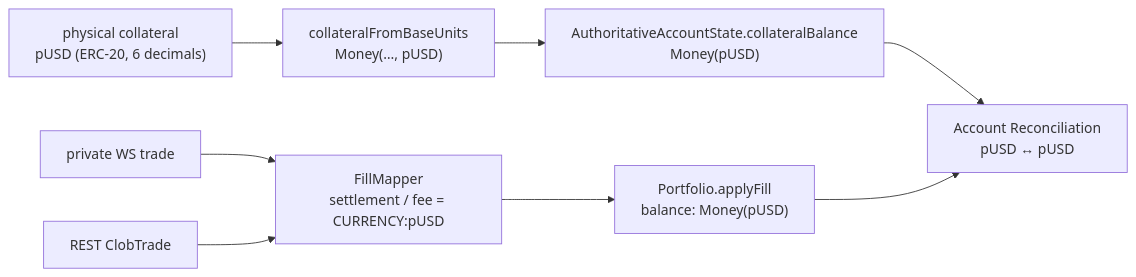
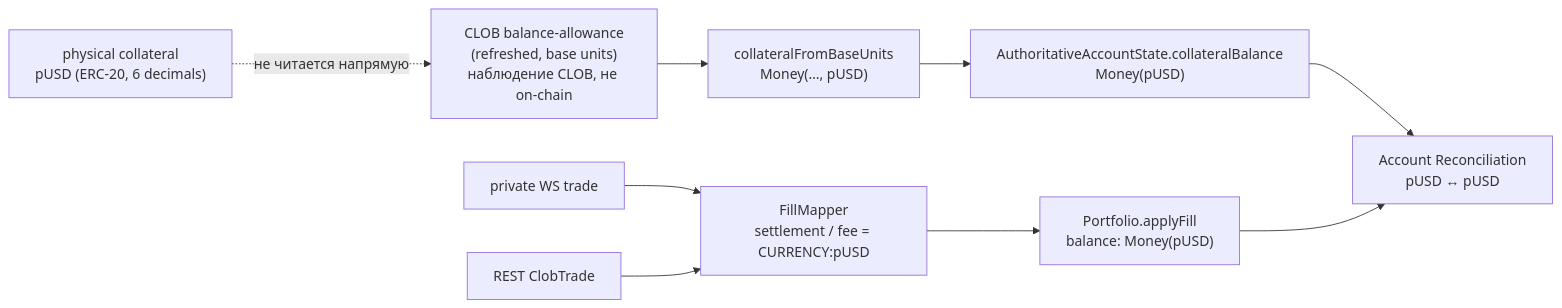
The diagram in docs/guides/polymarket-collateral-currency.md (menvil/polymarket), drawn with Mermaid before and after one commit. The commit also changed other lines of this file and 18 other files, not shown here.

````diff
--- a/docs/guides/polymarket-collateral-currency.md
+++ b/docs/guides/polymarket-collateral-currency.md
@@ -43,10 +43,11 @@
 ```mermaid
 flowchart LR
-    C["physical collateral<br/>pUSD (ERC-20, 6 decimals)"] --> R["collateralFromBaseUnits<br/>Money(…, pUSD)"]
+    C["physical collateral<br/>pUSD (ERC-20, 6 decimals)"] -.->|не читается напрямую| B["CLOB balance-allowance<br/>(refreshed, base units)<br/>наблюдение CLOB, не on-chain"]
+    B --> R["collateralFromBaseUnits<br/>Money(…, pUSD)"]
     R --> S["AuthoritativeAccountState.collateralBalance<br/>Money(pUSD)"]
     W[private WS trade] --> FM["FillMapper<br/>settlement / fee = CURRENCY:pUSD"]
     T[REST ClobTrade] --> FM
     FM --> P["Portfolio.applyFill<br/>balance: Money(pUSD)"]
     S --> M["Account Reconciliation<br/>pUSD ↔ pUSD"]
     P --> M
 ```
````
